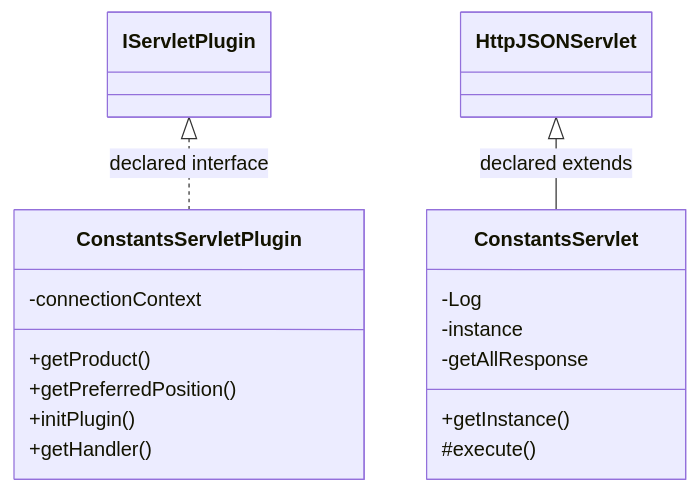
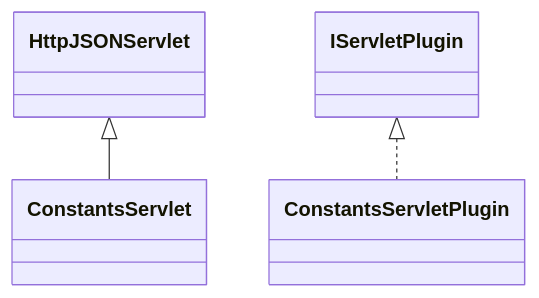
One commit to haruperi/HaruQuantAI changed the diagram in docs/sqx/Shared/ServletConstants.md. Above: the diagram before and after it, drawn with Mermaid. The commit also changed other lines of this file and 1688 other files, not shown here.

````diff
--- a/docs/sqx/Shared/ServletConstants.md
+++ b/docs/sqx/Shared/ServletConstants.md
@@ -30,21 +26,9 @@
 ```mermaid
 classDiagram
-    class Cf483e7a90b54["ConstantsServlet"] {
-        -Log
-        -instance
-        -getAllResponse
-        +getInstance()
-        #execute()
-    }
-    class C0297a4cfa75e["ConstantsServletPlugin"] {
-        -connectionContext
-        +getProduct()
-        +getPreferredPosition()
-        +initPlugin()
-        +getHandler()
-    }
-    class C249b5c671b1a["IServletPlugin"]
-    class C8900f90ae594["HttpJSONServlet"]
-    C8900f90ae594 <|-- Cf483e7a90b54 : declared extends
-    C249b5c671b1a <|.. C0297a4cfa75e : declared interface
+    class C0["ConstantsServlet"]
+    class C1["ConstantsServletPlugin"]
+    class E0["HttpJSONServlet"]
+    E0 <|-- C0
+    class E1["IServletPlugin"]
+    E1 <|.. C1
 ```
````
